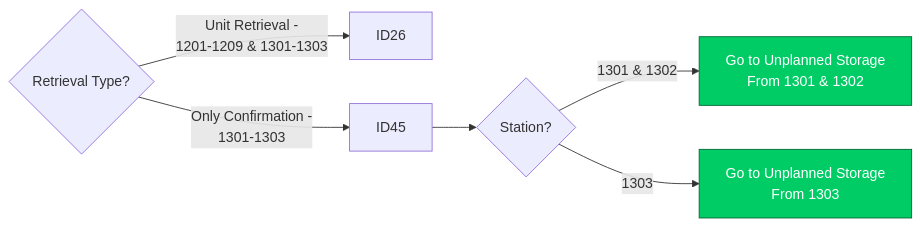
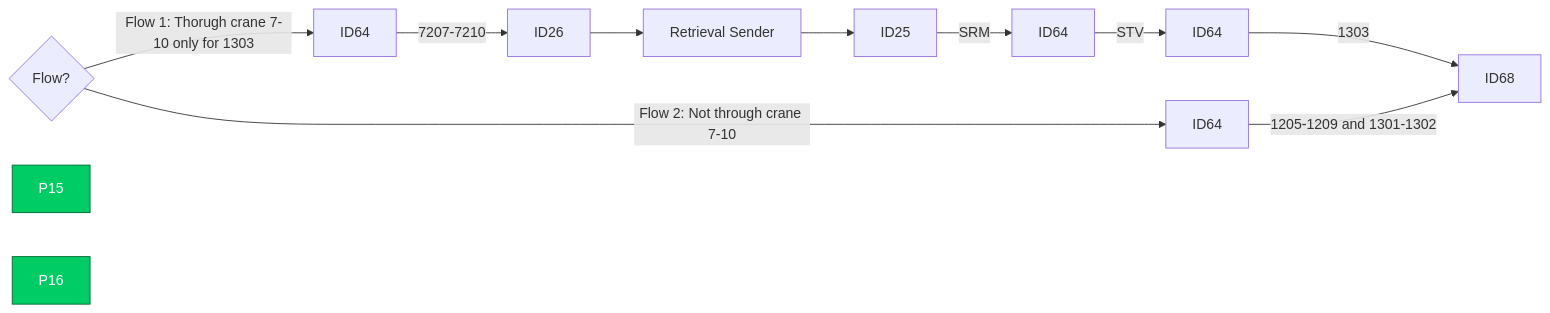
The second of 4 diagrams in Basic-Design/DFD-WMS/Retrieval/QC-Setting/Retrieval-for-QC-Start.md (luthfiadityaa/SimeDarby-Wiki), drawn with Mermaid before and after one commit. The commit also changed other lines of this file, not shown here.

Commit message:
Updated Retrieval for QC Start

```diff
--- a/Basic-Design/DFD-WMS/Retrieval/QC-Setting/Retrieval-for-QC-Start.md
+++ b/Basic-Design/DFD-WMS/Retrieval/QC-Setting/Retrieval-for-QC-Start.md
@@ -29,16 +17,13 @@
 ::: mermaid
 flowchart LR
-Cond2{Retrieval Type?}--> |Unit Retrieval - 
-1201-1209 & 1301-1303| P13[ID26]
-Cond2{Retrieval Type?}--> |Only Confirmation - 
-1301-1303| P14[ID45]-->Cond3{Station?}
-Cond3{Station?}-->|1301 & 1302| P15[Go to Unplanned Storage 
-From 1301 & 1302]
-Cond3{Station?}-->|1303| P16[Go to Unplanned Storage 
-From 1303] 
+
+Cond1{Flow?} 
+
+Cond1{Flow?}--> |Flow 1: Thorugh crane 7-10 only for 1303| P5[ID64]--> |7207-7210| P8[ID26]-->P9[Retrieval Sender]-->P10[ID25]--> |SRM| P11[ID64]--> |STV| P12[ID64]--> |1303| P7[ID68]
+Cond1{Flow?}--> |Flow 2: Not through crane 7-10| P6[ID64]--> |1205-1209 and 1301-1302| P7[ID68]
 
 click P15 "https://dev.azure.com/Daifuku-SW/ID_SimeDarbyPlantation/_wiki/wikis/ID_SimeDarbyPlantation.wiki/948/Unplanned-Storage-from-HP" "Go to HP"
 click P16 "https://dev.azure.com/Daifuku-SW/ID_SimeDarbyPlantation/_wiki/wikis/ID_SimeDarbyPlantation.wiki/880/Unplanned-Storage-from-OP-Area" "Go to OP"
 style P15 fill:#00cc66,stroke:#006633,color:#ffffff
 style P16 fill:#00cc66,stroke:#006633,color:#ffffff
 :::
```
